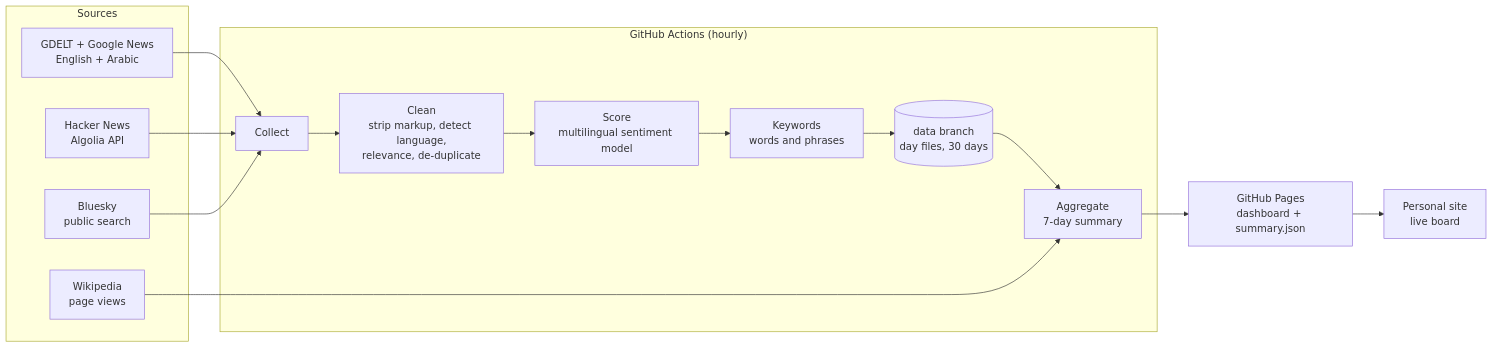
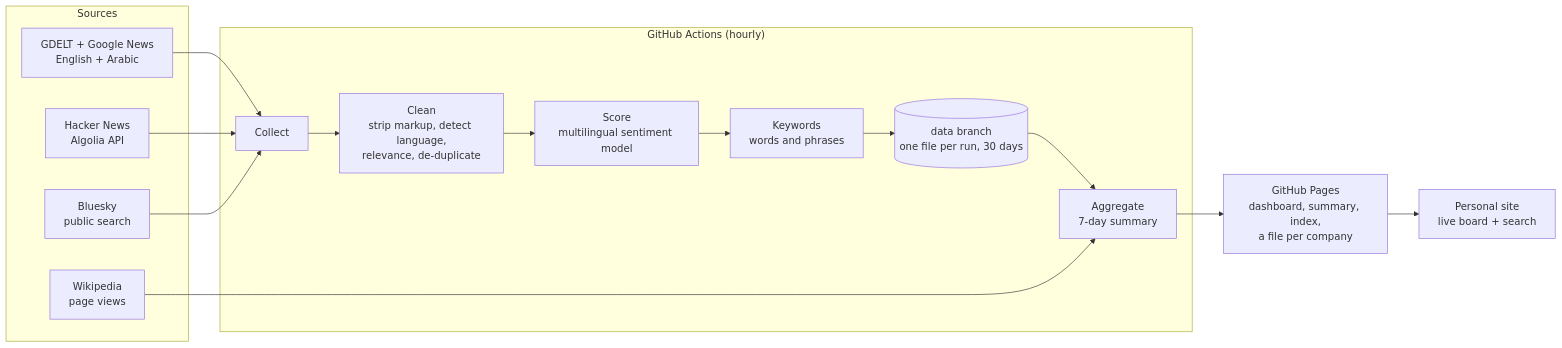
The diagram in docs/architecture.md (MohamadChehade512/Murmur), drawn with Mermaid before and after one commit. The commit also changed other lines of this file and 2 other files, not shown here.

````diff
--- a/docs/architecture.md
+++ b/docs/architecture.md
@@ -6,20 +17,20 @@
 ```mermaid
 flowchart LR
   subgraph Sources
     G[GDELT + Google News<br/>English + Arabic]
     H[Hacker News<br/>Algolia API]
     B[Bluesky<br/>public search]
     W[Wikipedia<br/>page views]
   end
   subgraph "GitHub Actions (hourly)"
     C[Collect] --> CL[Clean<br/>strip markup, detect language,<br/>relevance, de-duplicate]
     CL --> S[Score<br/>multilingual sentiment model]
     S --> K[Keywords<br/>words and phrases]
-    K --> ST[(data branch<br/>day files, 30 days)]
+    K --> ST[(data branch<br/>one file per run, 30 days)]
     ST --> A[Aggregate<br/>7-day summary]
   end
   G & H & B --> C
   W --> A
-  A --> P[GitHub Pages<br/>dashboard + summary.json]
-  P --> SITE[Personal site<br/>live board]
+  A --> P[GitHub Pages<br/>dashboard, summary, index,<br/>a file per company]
+  P --> SITE[Personal site<br/>live board + search]
 ```
````
